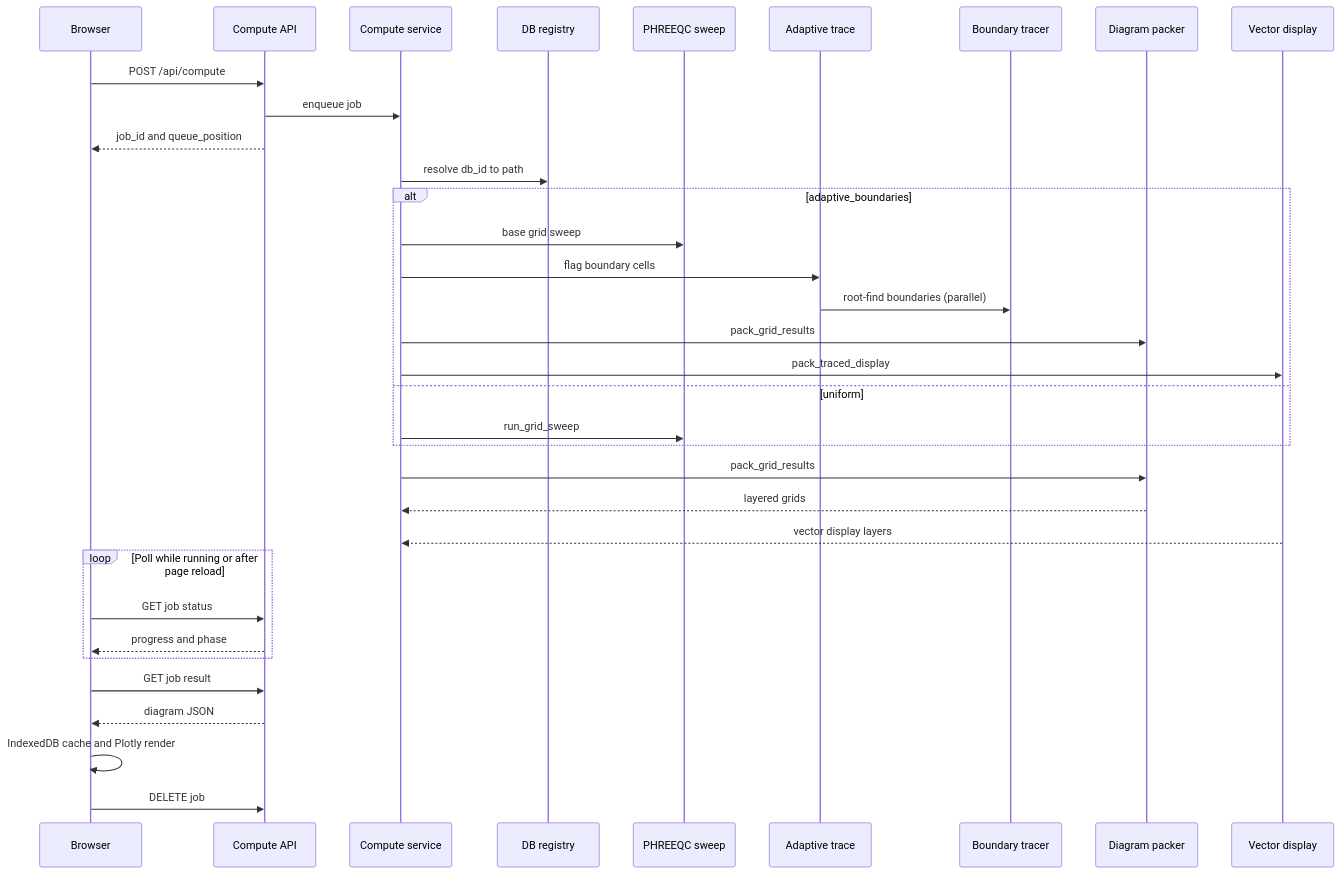
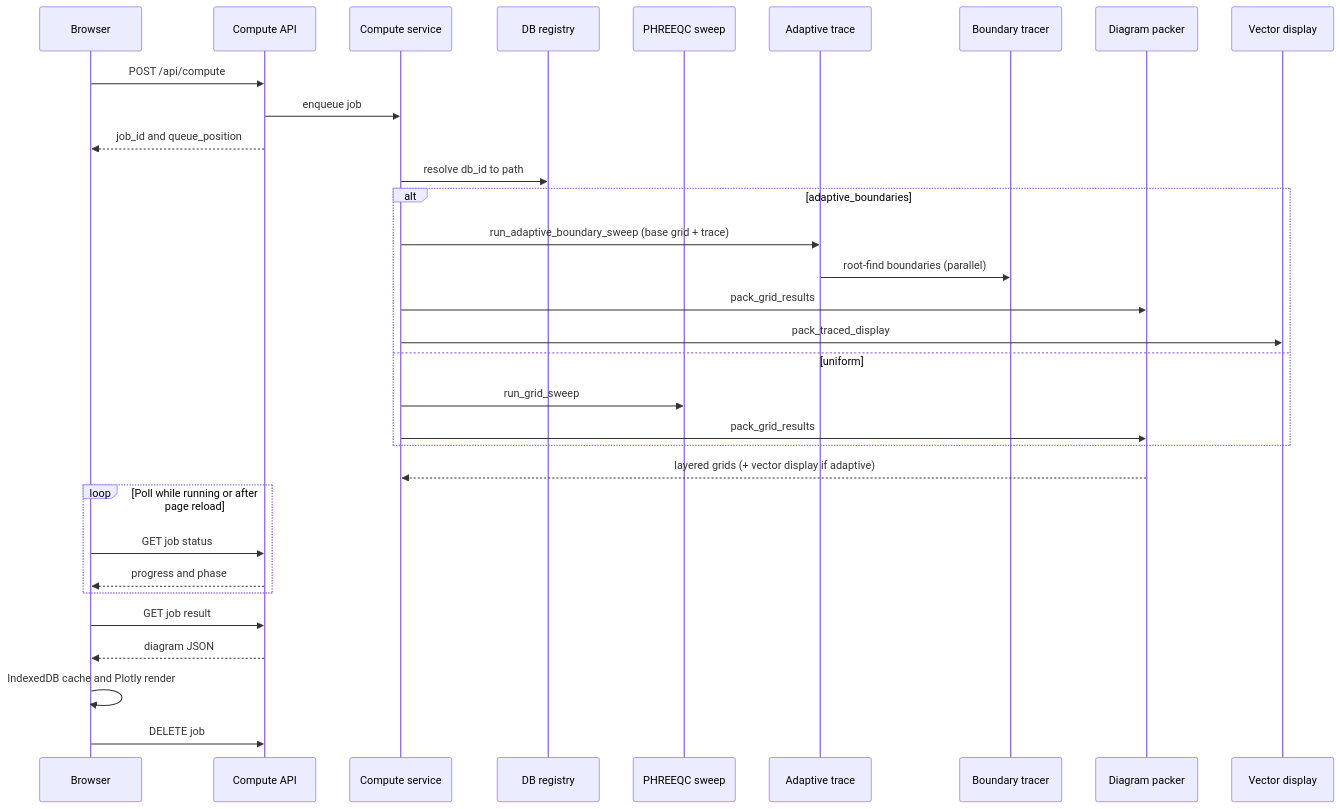
Before and after one commit to Matteo-Loche/Phaser: the second of 2 diagrams in README.md, drawn with Mermaid. The commit also changed other lines of this file and 20 other files, not shown here.

````diff
--- a/README.md
+++ b/README.md
@@ -815,37 +832,35 @@
 ```mermaid
 sequenceDiagram
     participant UI as Browser
     participant API as Compute API
     participant Job as Compute service
     participant Reg as DB registry
     participant Sw as PHREEQC sweep
     participant Ad as Adaptive trace
     participant Tr as Boundary tracer
     participant Pack as Diagram packer
     participant Vec as Vector display
 
     UI->>API: POST /api/compute
     API->>Job: enqueue job
     API-->>UI: job_id and queue_position
     Job->>Reg: resolve db_id to path
     alt adaptive_boundaries
-        Job->>Sw: base grid sweep
-        Job->>Ad: flag boundary cells
+        Job->>Ad: run_adaptive_boundary_sweep (base grid + trace)
         Ad->>Tr: root-find boundaries (parallel)
         Job->>Pack: pack_grid_results
         Job->>Vec: pack_traced_display
     else uniform
         Job->>Sw: run_grid_sweep
+        Job->>Pack: pack_grid_results
     end
-    Job->>Pack: pack_grid_results
-    Pack-->>Job: layered grids
-    Vec-->>Job: vector display layers
+    Pack-->>Job: layered grids (+ vector display if adaptive)
     loop Poll while running or after page reload
         UI->>API: GET job status
         API-->>UI: progress and phase
     end
     UI->>API: GET job result
     API-->>UI: diagram JSON
     UI->>UI: IndexedDB cache and Plotly render
     UI->>API: DELETE job
 ```
````
